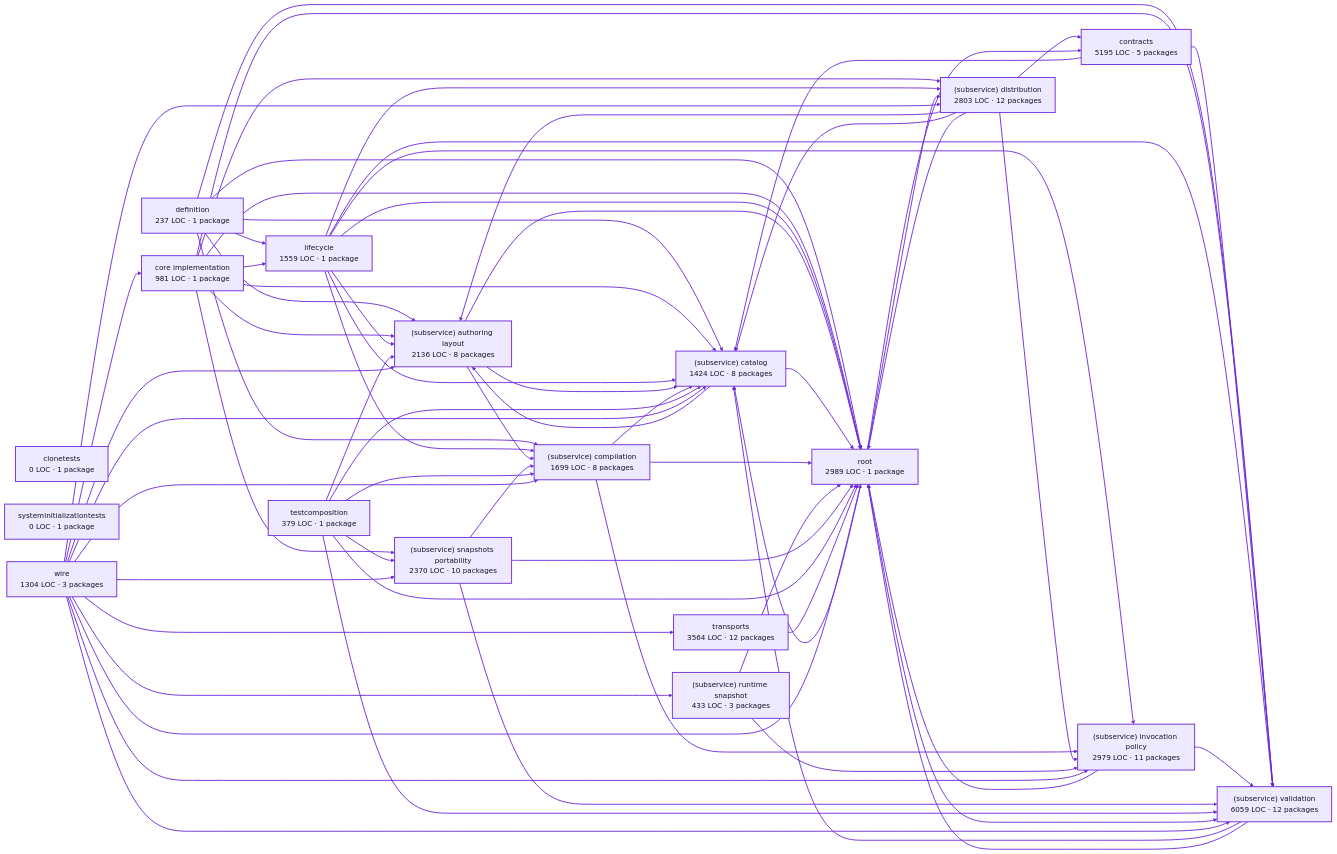
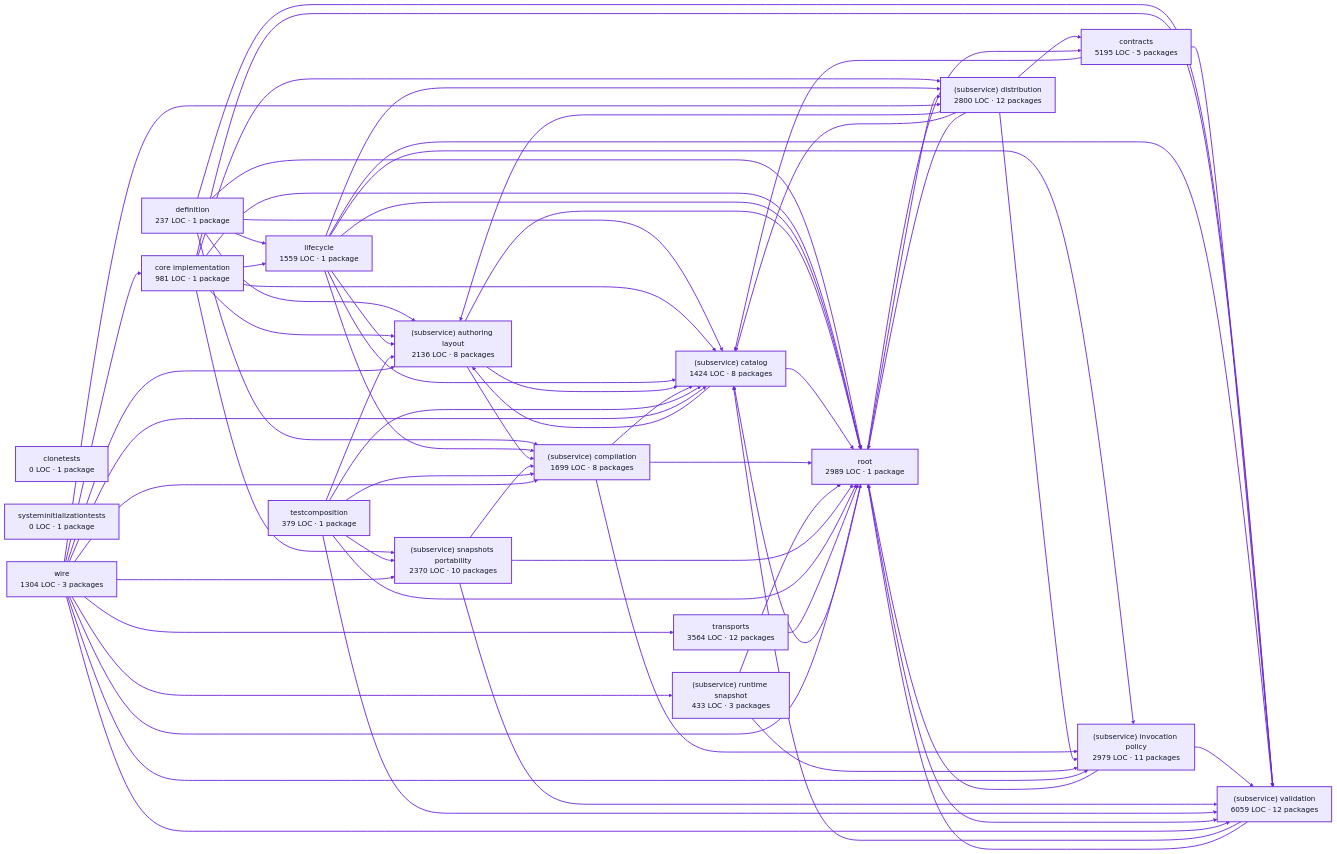
One commit to portpowered/you-agent-factory changed the diagram in docs/architecture/visualizations/services/factory_definitions.md. Above: the diagram before and after it, drawn with Mermaid. The commit also changed other lines of this file and 20 other files, not shown here.

Commit message:
docs: refresh backend architecture visualizations

```diff
--- a/docs/architecture/visualizations/services/factory_definitions.md
+++ b/docs/architecture/visualizations/services/factory_definitions.md
@@ -16,7 +18,7 @@
   p5["(subservice) authoring layout<br/>2136 LOC · 8 packages"]
   p6["(subservice) catalog<br/>1424 LOC · 8 packages"]
   p7["(subservice) compilation<br/>1699 LOC · 8 packages"]
-  p8["(subservice) distribution<br/>2803 LOC · 12 packages"]
+  p8["(subservice) distribution<br/>2800 LOC · 12 packages"]
   p9["(subservice) invocation policy<br/>2979 LOC · 11 packages"]
   p10["(subservice) runtime snapshot<br/>433 LOC · 3 packages"]
   p11["(subservice) snapshots portability<br/>2370 LOC · 10 packages"]
```
